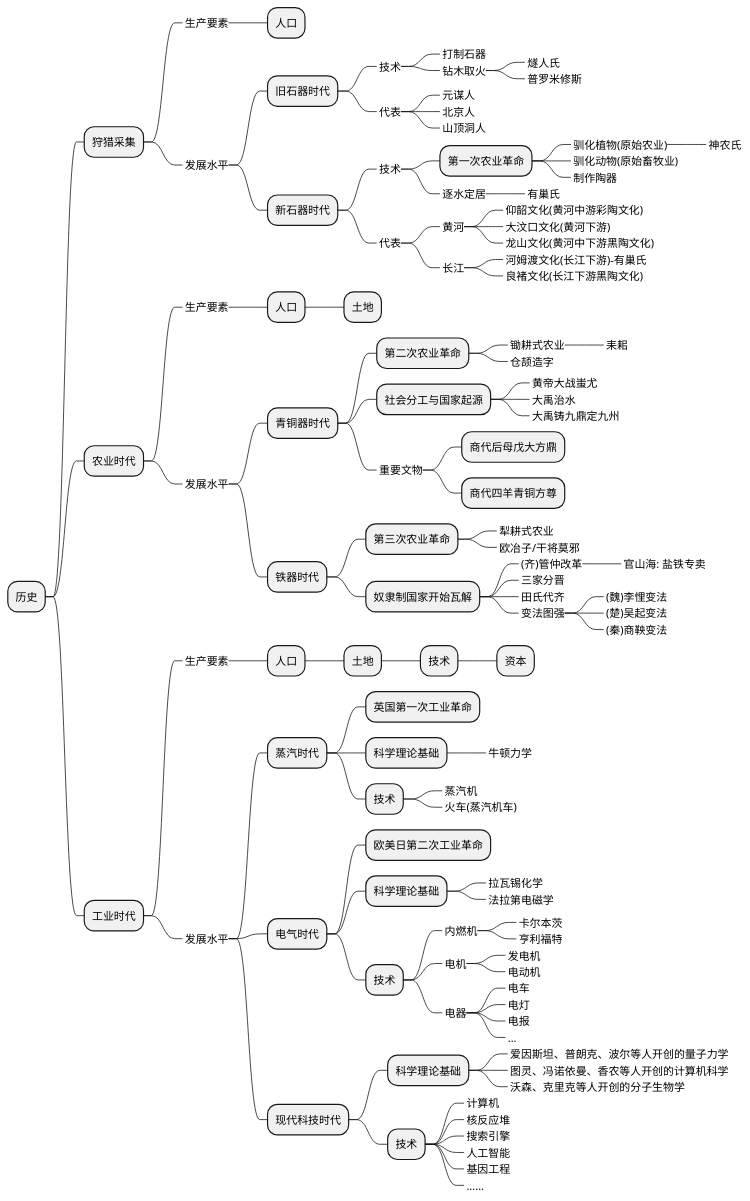
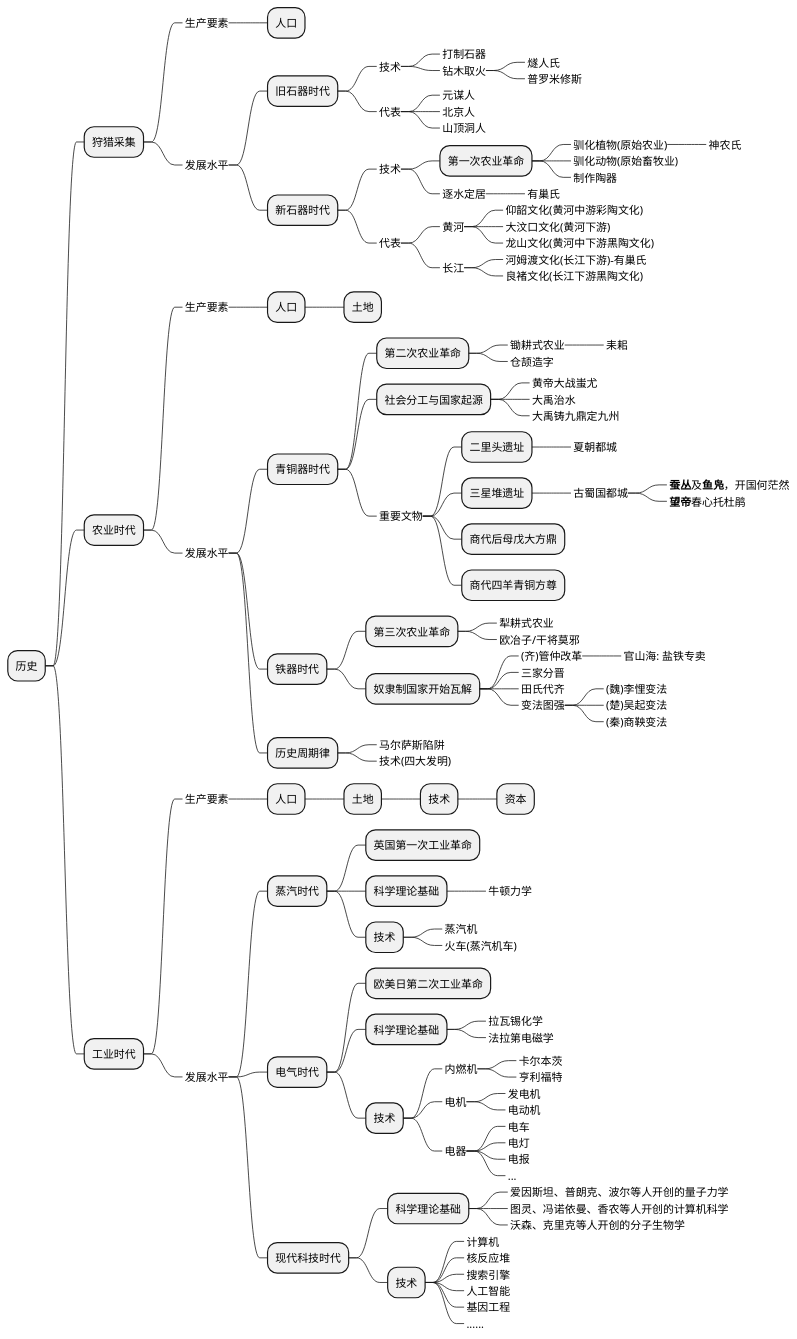
Before and after one commit to holmofy/blog.hufeifei.cn: the diagram in source/_posts/economic/economic_and_history.md, drawn with PlantUML.

```diff
--- a/source/_posts/economic/economic_and_history.md
+++ b/source/_posts/economic/economic_and_history.md
@@ -62,6 +62,12 @@
 ++++++_ 大禹治水
 ++++++_ 大禹铸九鼎定九州
 +++++_ 重要文物
+++++++ 二里头遗址
++++++++_ 夏朝都城
+++++++ 三星堆遗址
++++++++_ 古蜀国都城
+++++++++_ **蚕丛**及**鱼凫**，开国何茫然
+++++++++_ **望帝**春心托杜鹃
 ++++++ 商代后母戊大方鼎
 ++++++ 商代四羊青铜方尊
 ++++ 铁器时代
@@ -77,6 +83,9 @@
 +++++++_ (魏)李悝变法
 +++++++_ (楚)吴起变法
 +++++++_ (秦)商鞅变法
+++++ 历史周期律
++++++_ 马尔萨斯陷阱
++++++_ 技术(四大发明)
 ++ 工业时代
 +++_ 生产要素
 ++++ 人口
```
